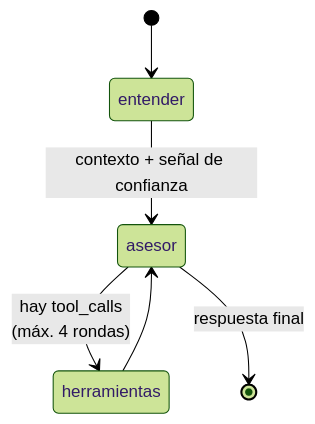
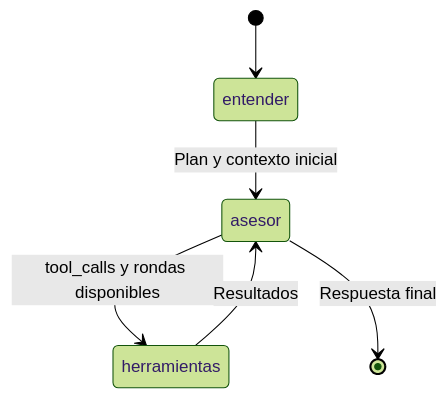
Before and after one commit to NebyX1/invest-lavalleja-rag-chat: the fifth of 9 diagrams in Arquitectura.md, drawn with Mermaid (forest theme). The commit also changed other lines of this file and 135 other files, not shown here.

````diff
--- a/Arquitectura.md
+++ b/Arquitectura.md
@@ -163,8 +424,8 @@
 ```mermaid
 stateDiagram-v2
     [*] --> entender
-    entender --> asesor: contexto + señal de confianza
-    asesor --> herramientas: hay tool_calls<br/>(máx. 4 rondas)
-    herramientas --> asesor
-    asesor --> [*]: respuesta final
+    entender --> asesor: Plan y contexto inicial
+    asesor --> herramientas: tool_calls y rondas disponibles
+    herramientas --> asesor: Resultados
+    asesor --> [*]: Respuesta final
 ```
````
